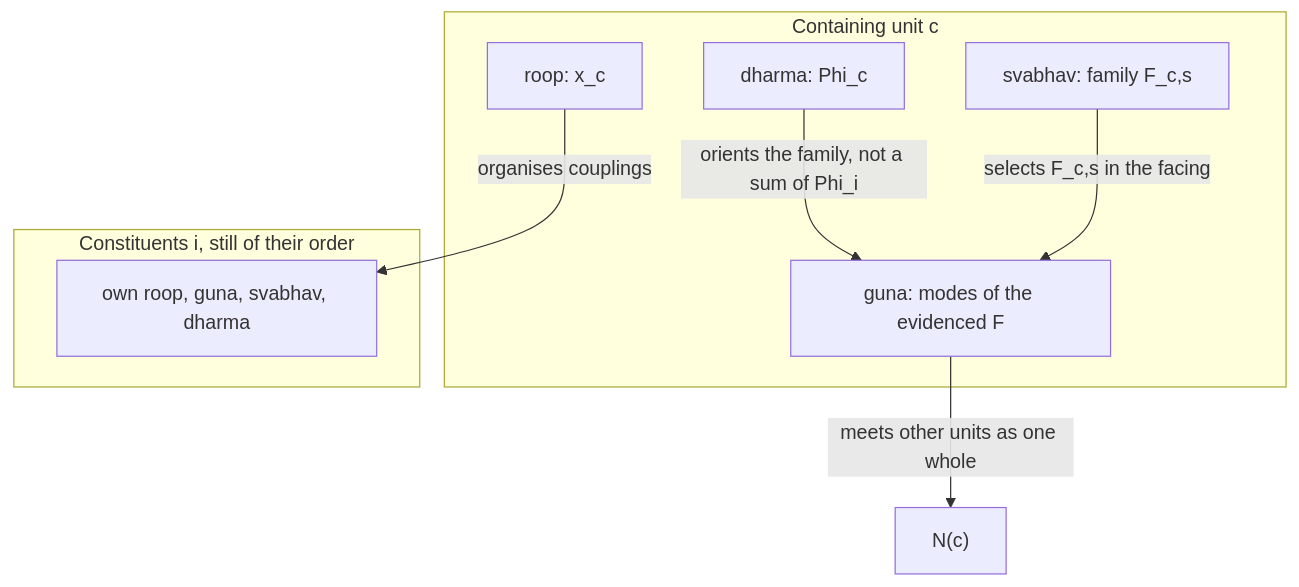
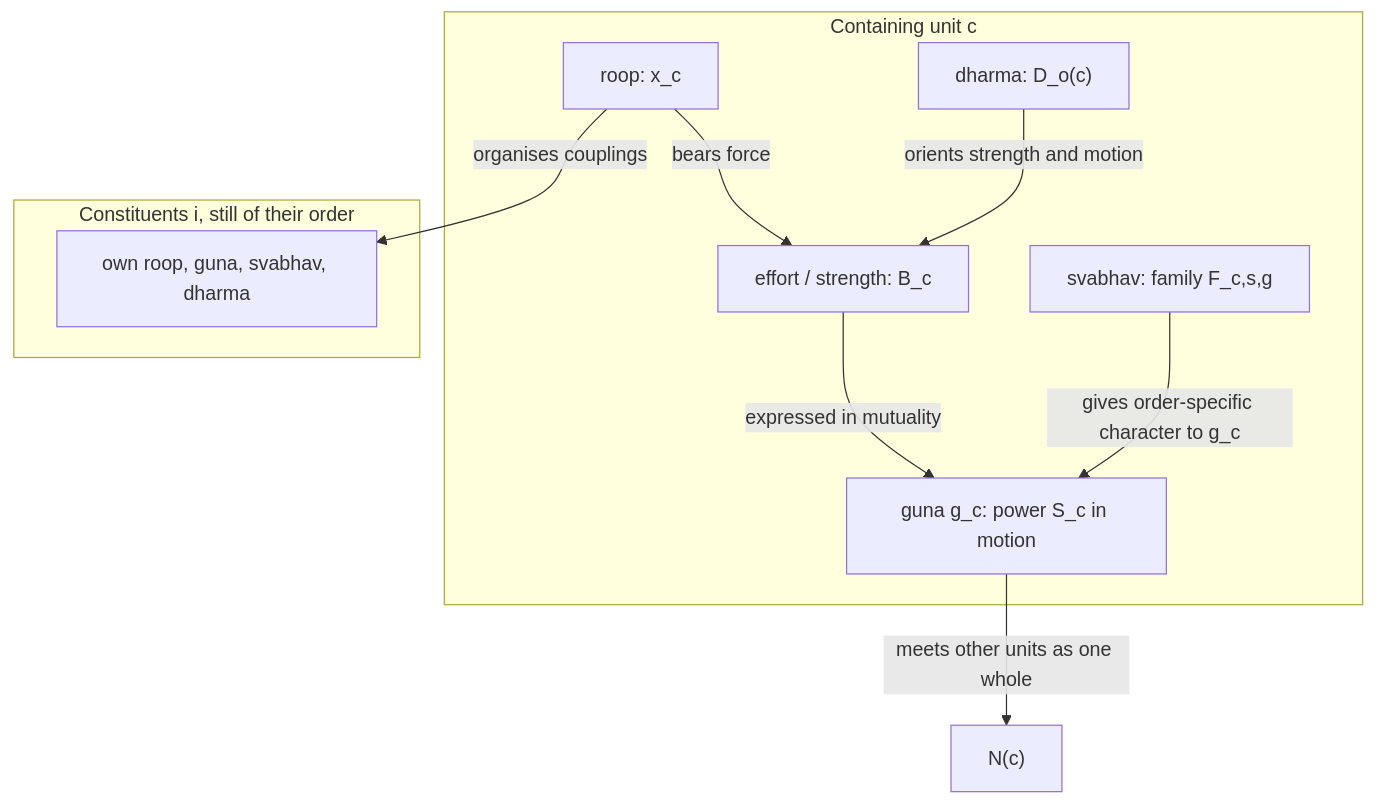
One commit to raghavamohan/AnalyticMadhyasthDarshan changed the fourth of 4 diagrams in Studies/A-State-Dynamic-Model-Of-Coexistence/A-State-Dynamic-Model-Of-Coexistence.md. Above: the diagram before and after it, drawn with Mermaid. The commit also changed other lines of this file and 8 other files, not shown here.

````diff
--- a/Studies/A-State-Dynamic-Model-Of-Coexistence/A-State-Dynamic-Model-Of-Coexistence.md
+++ b/Studies/A-State-Dynamic-Model-Of-Coexistence/A-State-Dynamic-Model-Of-Coexistence.md
@@ -263,16 +323,19 @@
 ```mermaid
 flowchart TB
     subgraph container["Containing unit c"]
       RC["roop: x_c"]
-      GC["guna: modes of the evidenced F"]
-      SC["svabhav: family F_c,s"]
-      DC["dharma: Phi_c"]
+      BC["effort / strength: B_c"]
+      GC["guna g_c: power S_c in motion"]
+      SC["svabhav: family F_c,s,g"]
+      DC["dharma: D_o(c)"]
     end
     subgraph parts["Constituents i, still of their order"]
       RI["own roop, guna, svabhav, dharma"]
     end
+    RC -->|"bears force"| BC
     RC -->|"organises couplings"| RI
-    DC -->|"orients the family, not a sum of Phi_i"| GC
-    SC -->|"selects F_c,s in the facing"| GC
+    DC -->|"orients strength and motion"| BC
+    BC -->|"expressed in mutuality"| GC
+    SC -->|"gives order-specific character to g_c"| GC
     GC -->|"meets other units as one whole"| OUT["N(c)"]
 ```
````
